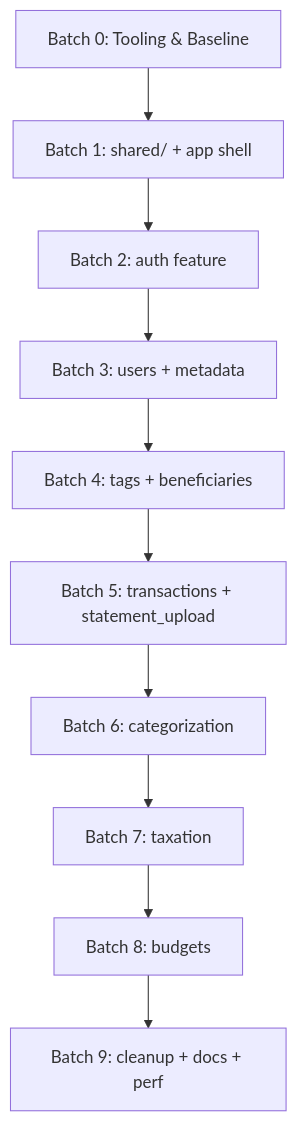
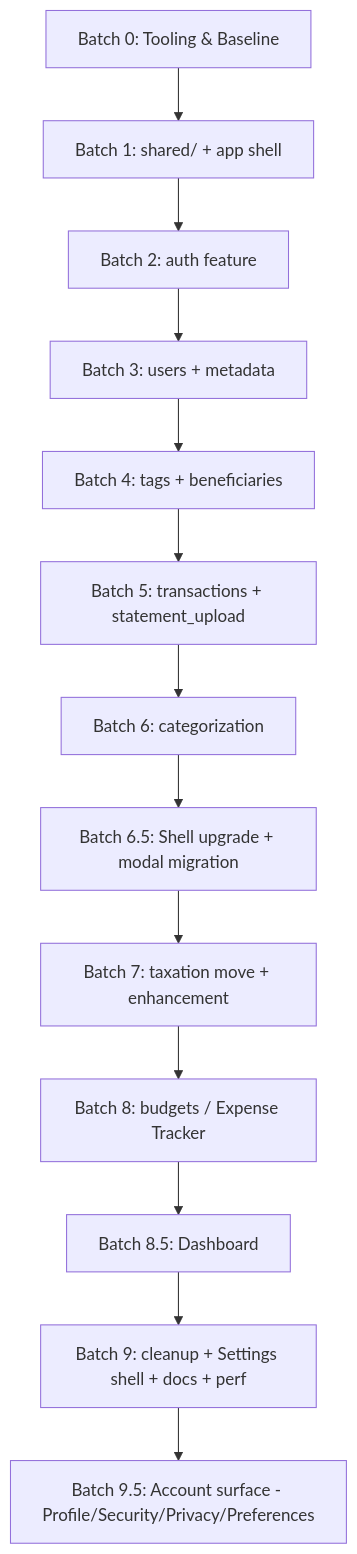
One commit to RSolank/frontend changed the diagram in docs/refactor/implementation_plan.md. Above: the diagram before and after it, drawn with Mermaid. The commit also changed other lines of this file and 75 other files, not shown here.

````diff
--- a/docs/refactor/implementation_plan.md
+++ b/docs/refactor/implementation_plan.md
@@ -68,12 +68,15 @@
 ```mermaid
 graph TD
     A[Batch 0: Tooling & Baseline] --> B[Batch 1: shared/ + app shell]
     B --> C[Batch 2: auth feature]
     C --> D[Batch 3: users + metadata]
     D --> E[Batch 4: tags + beneficiaries]
     E --> F[Batch 5: transactions + statement_upload]
     F --> G[Batch 6: categorization]
-    G --> H[Batch 7: taxation]
-    H --> I[Batch 8: budgets]
-    I --> J[Batch 9: cleanup + docs + perf]
+    G --> G2[Batch 6.5: Shell upgrade + modal migration]
+    G2 --> H[Batch 7: taxation move + enhancement]
+    H --> I[Batch 8: budgets / Expense Tracker]
+    I --> I2[Batch 8.5: Dashboard]
+    I2 --> J[Batch 9: cleanup + Settings shell + docs + perf]
+    J --> J2[Batch 9.5: Account surface - Profile/Security/Privacy/Preferences]
 ```
````
